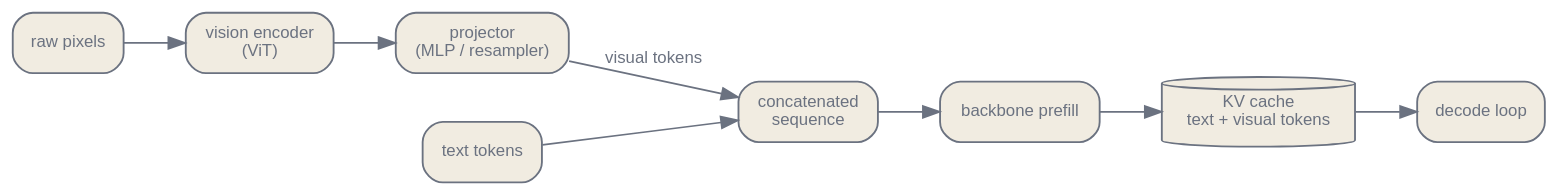
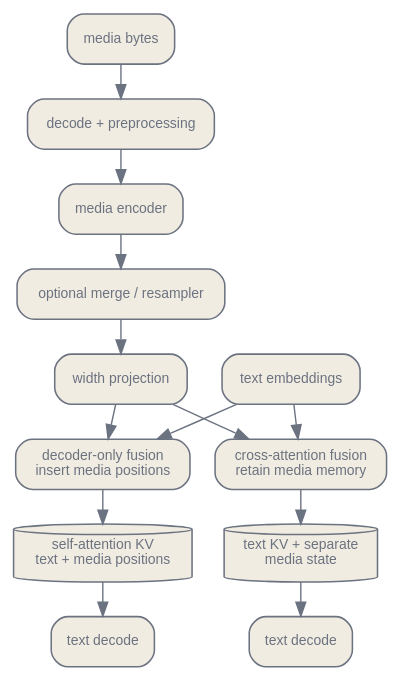
One commit to latere-ai/ai-as-an-infrastructure changed the diagram in en/inference/06-serving-multimodal.qmd. Above: the diagram before and after it, drawn with Graphviz. The commit also changed other lines of this file and 4 other files, not shown here.

Commit message:
docs: rewrite multimodal serving

````diff
--- a/en/inference/06-serving-multimodal.qmd
+++ b/en/inference/06-serving-multimodal.qmd
@@ -47,26 +35,33 @@
 ```{dot}
-//| label: fig-mm-pipeline
-//| fig-cap: "The multimodal serving pipeline. The vision encoder and projector run once per image at prefill, producing visual tokens that are concatenated with text tokens and then live in the key-value cache exactly like text. The encoder is an extra compute stage the text stack never had."
+//| label: fig-mm-input-contracts
+//| fig-cap: "Two media-input serving contracts. Decoder-only fusion inserts projected media features into the language-model sequence, while cross-attention fusion retains a separate media memory. The two paths do not have the same KV-cache cost."
 digraph {
   bgcolor="transparent";
-  rankdir=LR;
-  nodesep=0.4; ranksep=0.5;
+  size="3.2,8.0";
+  rankdir=TB;
+  nodesep=0.25; ranksep=0.35;
   node [shape=box, style="rounded,filled", fontname="Helvetica", fontsize=10, color="#6b7280", fontcolor="#6b7280", fillcolor="#f1ece1", penwidth=1.1];
-  edge [fontsize=10, fontname="Helvetica", color="#6b7280", fontcolor="#6b7280"];
-  IMG [label="raw pixels"];
-  ENC [label="vision encoder\n(ViT)"];
-  PROJ [label="projector\n(MLP / resampler)"];
-  TXT [label="text tokens"];
-  CAT [label="concatenated\nsequence"];
-  PREFILL [label="backbone prefill"];
-  KV [label="KV cache\ntext + visual tokens", shape=cylinder];
-  DEC [label="decode loop"];
-  IMG -> ENC;
-  ENC -> PROJ;
-  TXT -> CAT;
-  PROJ -> CAT [label="visual tokens"];
-  CAT -> PREFILL;
-  PREFILL -> KV;
-  KV -> DEC;
+  edge [fontsize=9, fontname="Helvetica", color="#6b7280", fontcolor="#6b7280"];
+
+  MEDIA [label="media bytes"];
+  PRE [label="decode + preprocessing"];
+  ENC [label="media encoder"];
+  REDUCE [label="optional merge / resampler"];
+  PROJ [label="width projection"];
+  TEXT [label="text embeddings"];
+  PREFIX [label="decoder-only fusion\ninsert media positions"];
+  CROSS [label="cross-attention fusion\nretain media memory"];
+  SELFKV [label="self-attention KV\ntext + media positions", shape=cylinder];
+  MEDIAKV [label="text KV + separate\nmedia state", shape=cylinder];
+  OUT1 [label="text decode"];
+  OUT2 [label="text decode"];
+
+  MEDIA -> PRE -> ENC -> REDUCE -> PROJ;
+  PROJ -> PREFIX;
+  PROJ -> CROSS;
+  TEXT -> PREFIX;
+  TEXT -> CROSS;
+  PREFIX -> SELFKV -> OUT1;
+  CROSS -> MEDIAKV -> OUT2;
 }
 ```
````
